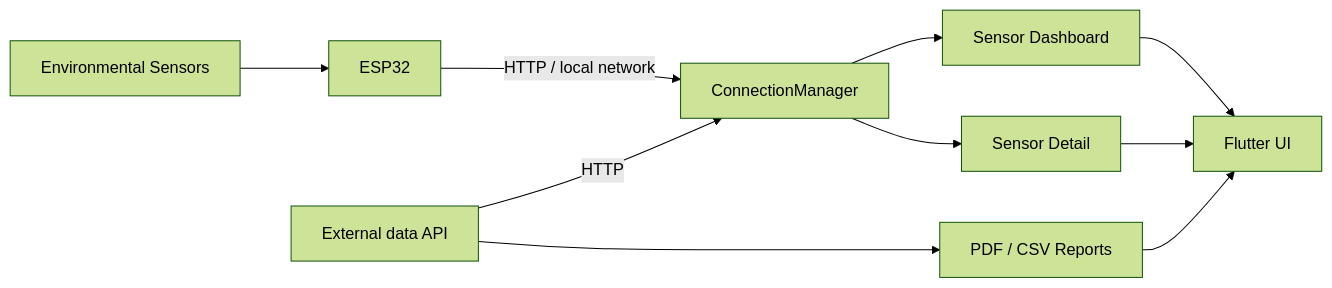
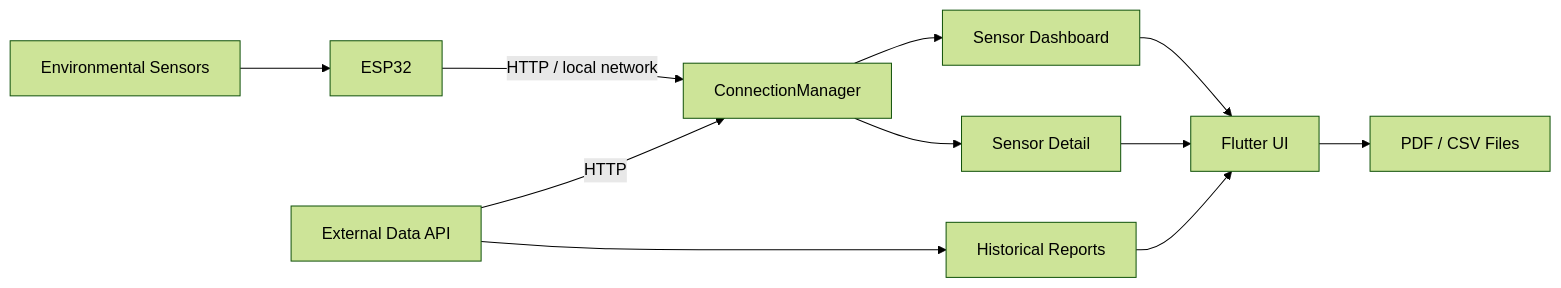
Before and after one commit to Kas01000101/Ecogrid_system: the second of 2 diagrams in README.md, drawn with Mermaid (forest theme). The commit also changed other lines of this file, not shown here.

````diff
--- a/README.md
+++ b/README.md
@@ -55,12 +121,13 @@
 ```mermaid
 flowchart LR
     S[Environmental Sensors] --> E[ESP32]
     E -->|HTTP / local network| C[ConnectionManager]
-    A[External data API] -->|HTTP| C
+    X[External Data API] -->|HTTP| C
     C --> D[Sensor Dashboard]
     C --> V[Sensor Detail]
-    A --> R[PDF / CSV Reports]
+    X --> R[Historical Reports]
     D --> U[Flutter UI]
     V --> U
     R --> U
+    U --> P[PDF / CSV Files]
 ```
````
